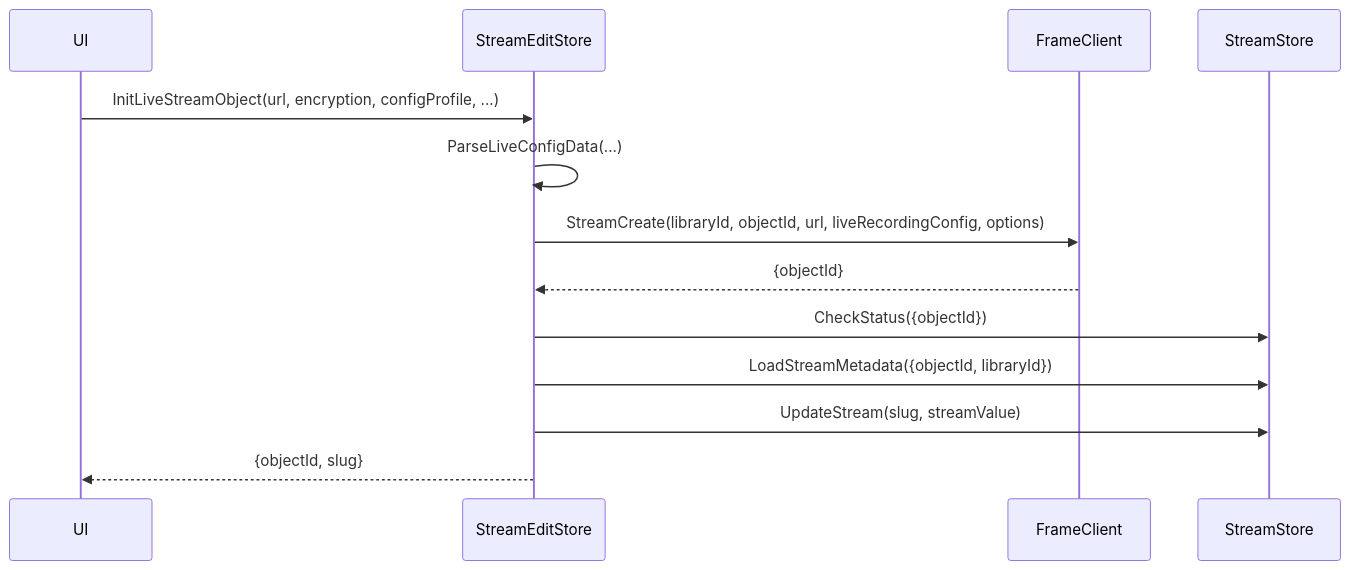
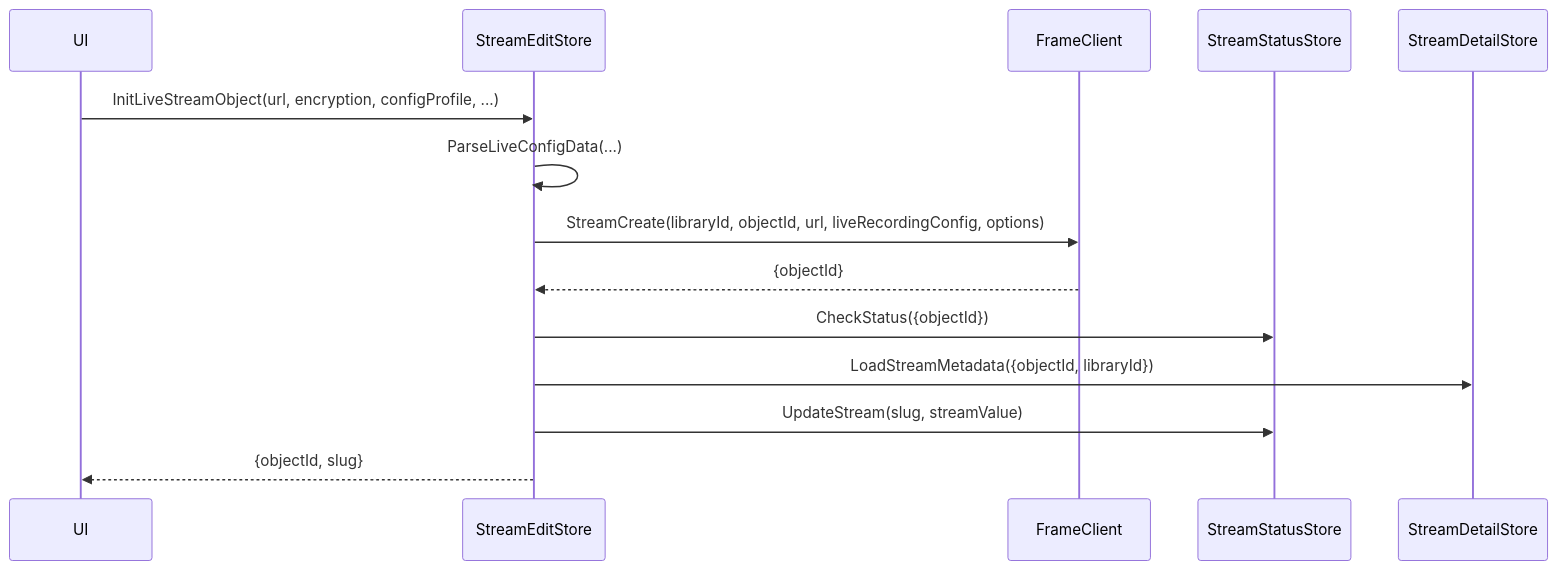
Before and after one commit to eluv-io/elv-live-stream: the first of 4 diagrams in docs/diagrams/stream-lifecycle.md, drawn with Mermaid. The commit also changed other lines of this file and 48 other files, not shown here.

Commit message:
Give stream list single owner ; split StreamStore into StreamStatusStore and StreamDetailStore

````diff
--- a/docs/diagrams/stream-lifecycle.md
+++ b/docs/diagrams/stream-lifecycle.md
@@ -7,16 +7,17 @@
 ```mermaid
 sequenceDiagram
     participant UI
     participant StreamEditStore
     participant FrameClient
-    participant StreamStore
+    participant StreamStatusStore
+    participant StreamDetailStore
 
     UI->>StreamEditStore: InitLiveStreamObject(url, encryption, configProfile, ...)
     StreamEditStore->>StreamEditStore: ParseLiveConfigData(...)
     StreamEditStore->>FrameClient: StreamCreate(libraryId, objectId, url, liveRecordingConfig, options)
     FrameClient-->>StreamEditStore: {objectId}
-    StreamEditStore->>StreamStore: CheckStatus({objectId})
-    StreamEditStore->>StreamStore: LoadStreamMetadata({objectId, libraryId})
-    StreamEditStore->>StreamStore: UpdateStream(slug, streamValue)
+    StreamEditStore->>StreamStatusStore: CheckStatus({objectId})
+    StreamEditStore->>StreamDetailStore: LoadStreamMetadata({objectId, libraryId})
+    StreamEditStore->>StreamStatusStore: UpdateStream(slug, streamValue)
     StreamEditStore-->>UI: {objectId, slug}
 ```
````
